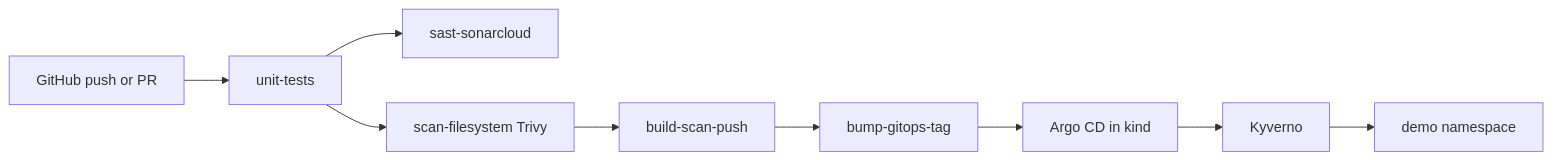
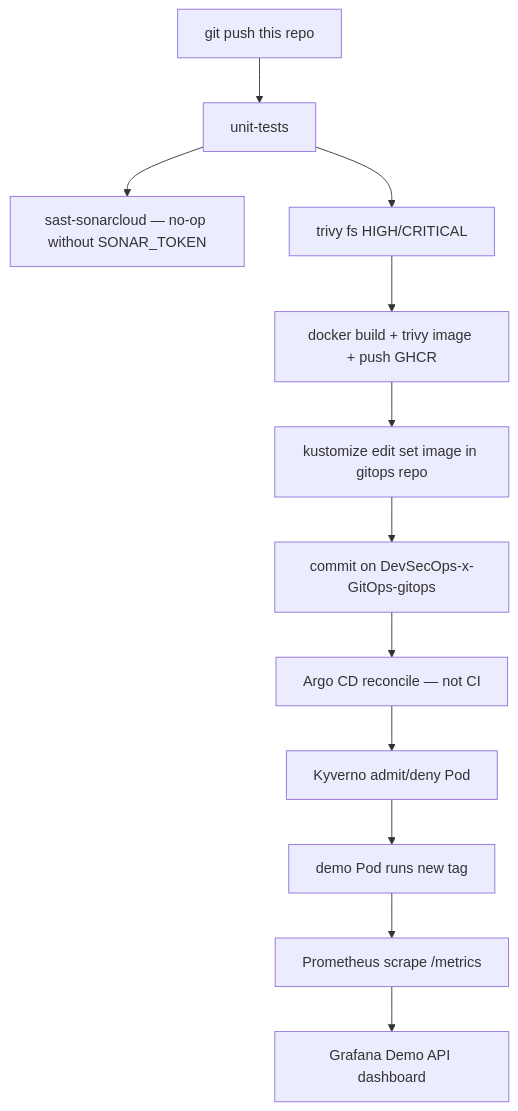
The diagram in README.md (aboubakertounli/DevSecOps-x-GitOps), drawn with Mermaid before and after one commit. The commit also changed other lines of this file and 2 other files, not shown here.

Commit message:
Export request duration so Prometheus can graph latency.

````diff
--- a/README.md
+++ b/README.md
@@ -12,11 +10,14 @@
 ```mermaid
-flowchart LR
-  push[GitHub push or PR] --> tests[unit-tests]
-  tests --> sonar[sast-sonarcloud]
-  tests --> fs[scan-filesystem Trivy]
-  fs --> image[build-scan-push]
-  image --> gitops[bump-gitops-tag]
-  gitops --> argocd[Argo CD in kind]
-  argocd --> kyverno[Kyverno]
-  kyverno --> cluster[demo namespace]
+flowchart TB
+  push["git push this repo"] --> tests[unit-tests]
+  tests --> sonar["sast-sonarcloud — no-op without SONAR_TOKEN"]
+  tests --> fs["trivy fs HIGH/CRITICAL"]
+  fs --> image["docker build + trivy image + push GHCR"]
+  image --> bump["kustomize edit set image in gitops repo"]
+  bump --> gitopsCommit["commit on DevSecOps-x-GitOps-gitops"]
+  gitopsCommit --> argo["Argo CD reconcile — not CI"]
+  argo --> kyverno["Kyverno admit/deny Pod"]
+  kyverno --> pod["demo Pod runs new tag"]
+  pod --> prom["Prometheus scrape /metrics"]
+  prom --> graf["Grafana Demo API dashboard"]
 ```
````
